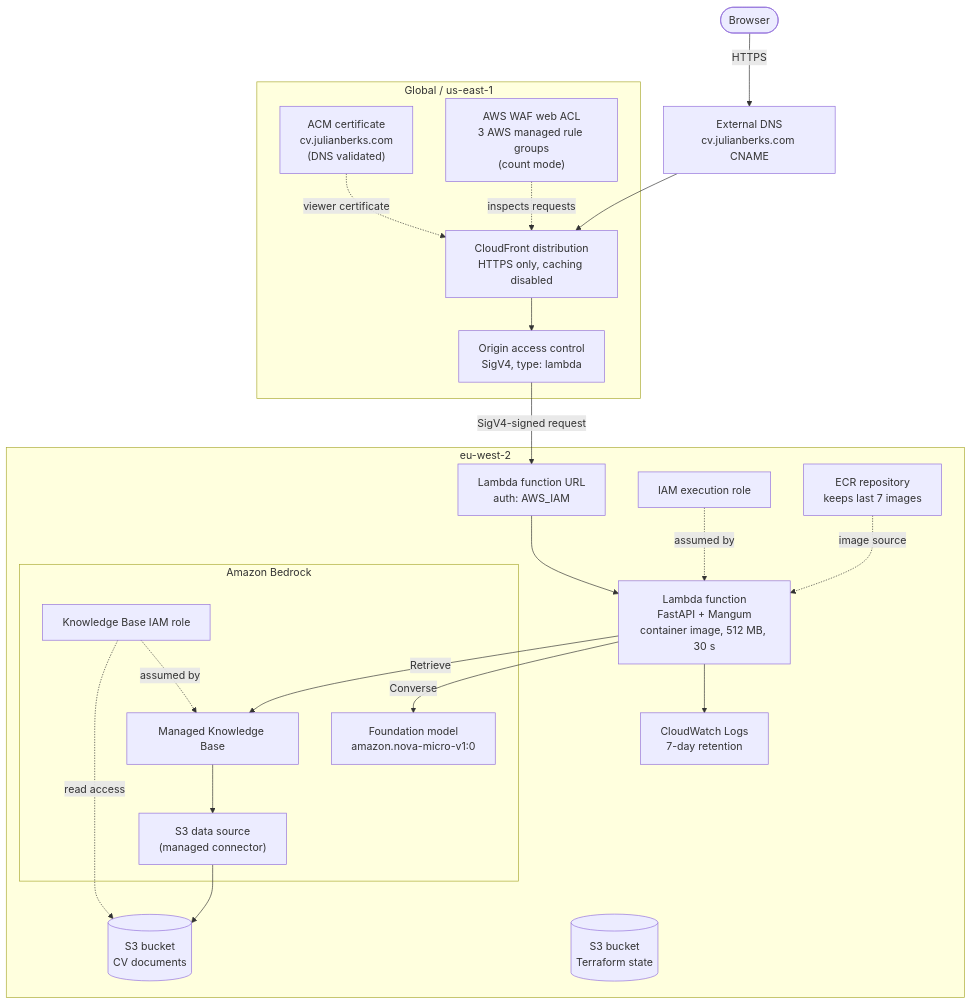
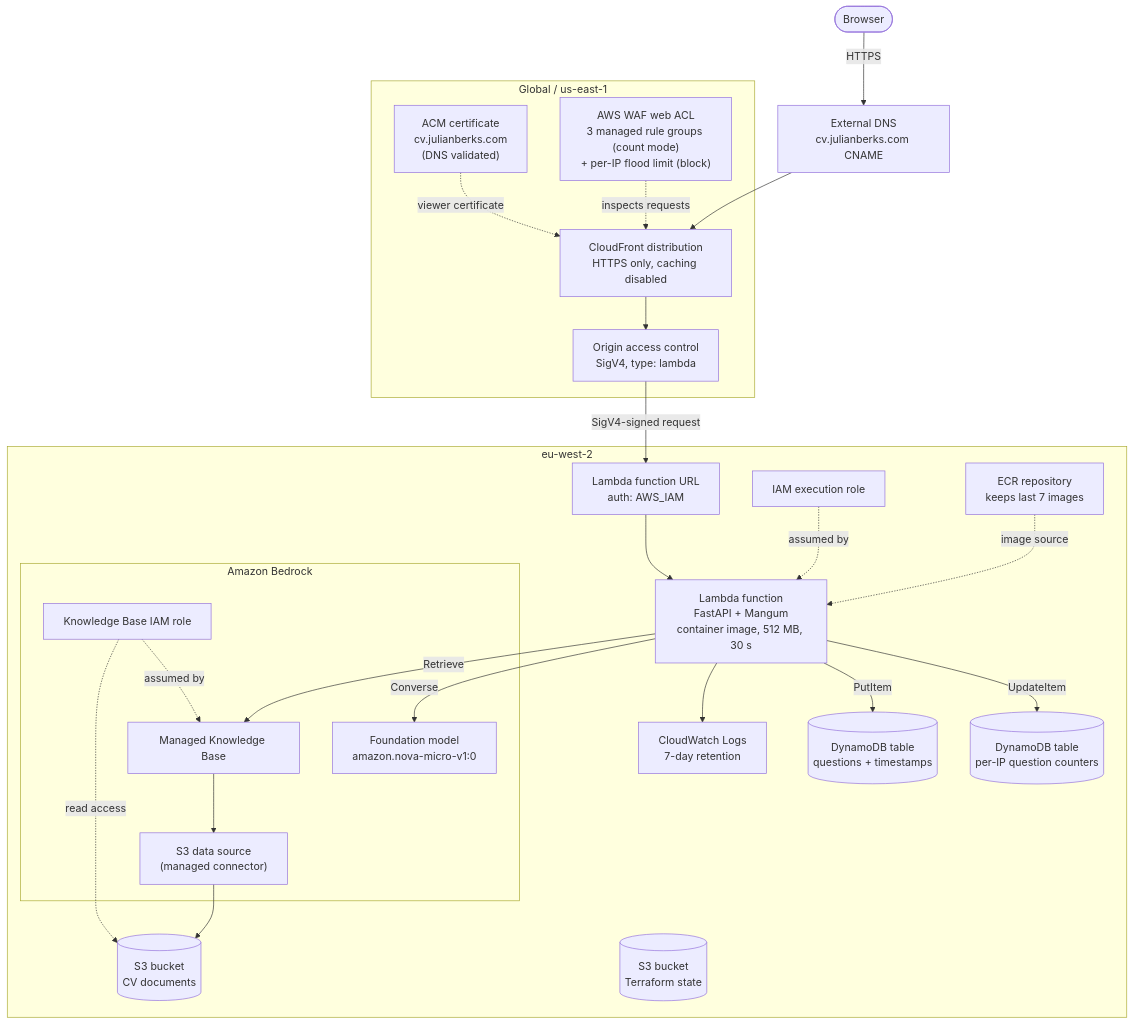
The first of 3 diagrams in docs/architecture.md (julian-berks/cv_app), drawn with Mermaid before and after one commit. The commit also changed other lines of this file and 12 other files, not shown here.

````diff
--- a/docs/architecture.md
+++ b/docs/architecture.md
@@ -9,43 +9,47 @@
 ```mermaid
 flowchart TB
     user([Browser])
     dns["External DNS<br/>cv.julianberks.com CNAME"]
 
     subgraph global["Global / us-east-1"]
         acm["ACM certificate<br/>cv.julianberks.com<br/>(DNS validated)"]
-        waf["AWS WAF web ACL<br/>3 AWS managed rule groups<br/>(count mode)"]
+        waf["AWS WAF web ACL<br/>3 managed rule groups (count mode)<br/>+ per-IP flood limit (block)"]
         cf["CloudFront distribution<br/>HTTPS only, caching disabled"]
         oac["Origin access control<br/>SigV4, type: lambda"]
     end
 
     subgraph region["eu-west-2"]
         url["Lambda function URL<br/>auth: AWS_IAM"]
         fn["Lambda function<br/>FastAPI + Mangum<br/>container image, 512 MB, 30 s"]
         role["IAM execution role"]
         logs["CloudWatch Logs<br/>7-day retention"]
         ecr["ECR repository<br/>keeps last 7 images"]
 
         subgraph bedrock["Amazon Bedrock"]
             kb["Managed Knowledge Base"]
             ds["S3 data source<br/>(managed connector)"]
             model["Foundation model<br/>amazon.nova-micro-v1:0"]
             kbrole["Knowledge Base IAM role"]
         end
 
         rag[("S3 bucket<br/>CV documents")]
+        questions[("DynamoDB table<br/>questions + timestamps")]
+        ratelimits[("DynamoDB table<br/>per-IP question counters")]
         state[("S3 bucket<br/>Terraform state")]
     end
 
     user -->|HTTPS| dns --> cf
     acm -.->|viewer certificate| cf
     waf -.->|inspects requests| cf
     cf --> oac -->|SigV4-signed request| url --> fn
     fn -->|Retrieve| kb
     fn -->|Converse| model
     kb --> ds --> rag
     kbrole -.->|read access| rag
     kbrole -.->|assumed by| kb
     role -.->|assumed by| fn
     fn --> logs
+    fn -->|PutItem| questions
+    fn -->|UpdateItem| ratelimits
     ecr -.->|image source| fn
 ```
````
